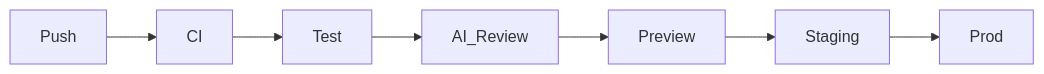
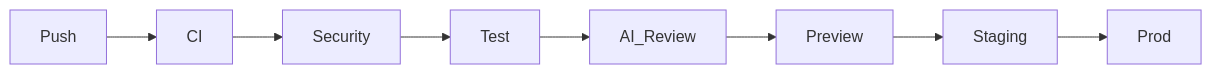
Before and after one commit to dangalasse/pipeline-pulse: the diagram in README.md, drawn with Mermaid. The commit also changed other lines of this file and 11 other files, not shown here.

````diff
--- a/README.md
+++ b/README.md
@@ -26,9 +36,10 @@
 ```mermaid
 flowchart LR
   push[Push] --> ci[CI]
-  ci --> test[Test]
+  ci --> security[Security]
+  security --> test[Test]
   test --> ai[AI_Review]
   ai --> preview[Preview]
   preview --> staging[Staging]
   staging --> prod[Prod]
 ```
````
